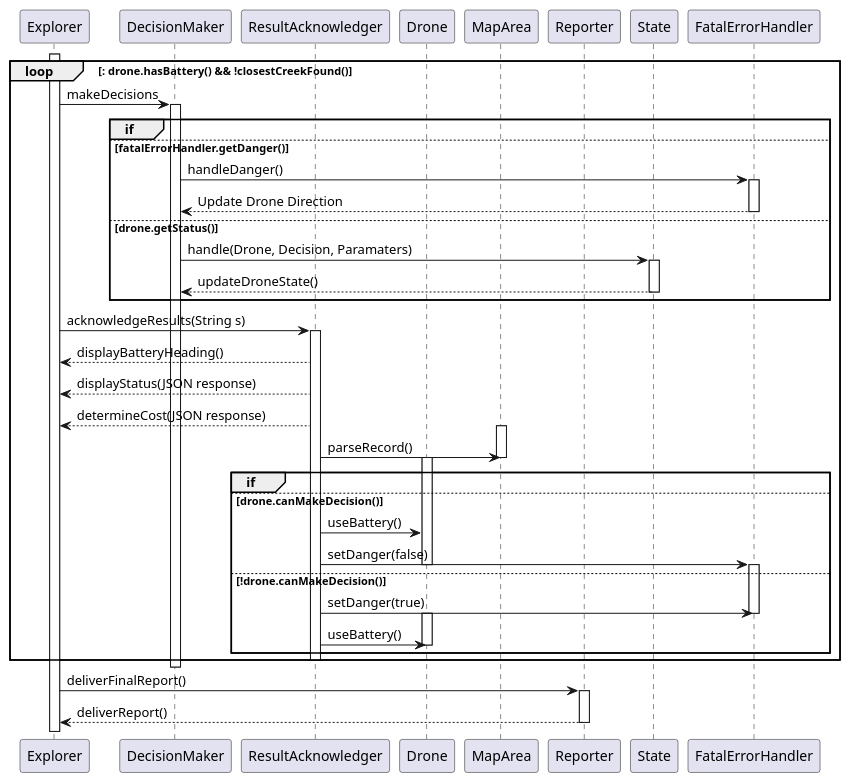
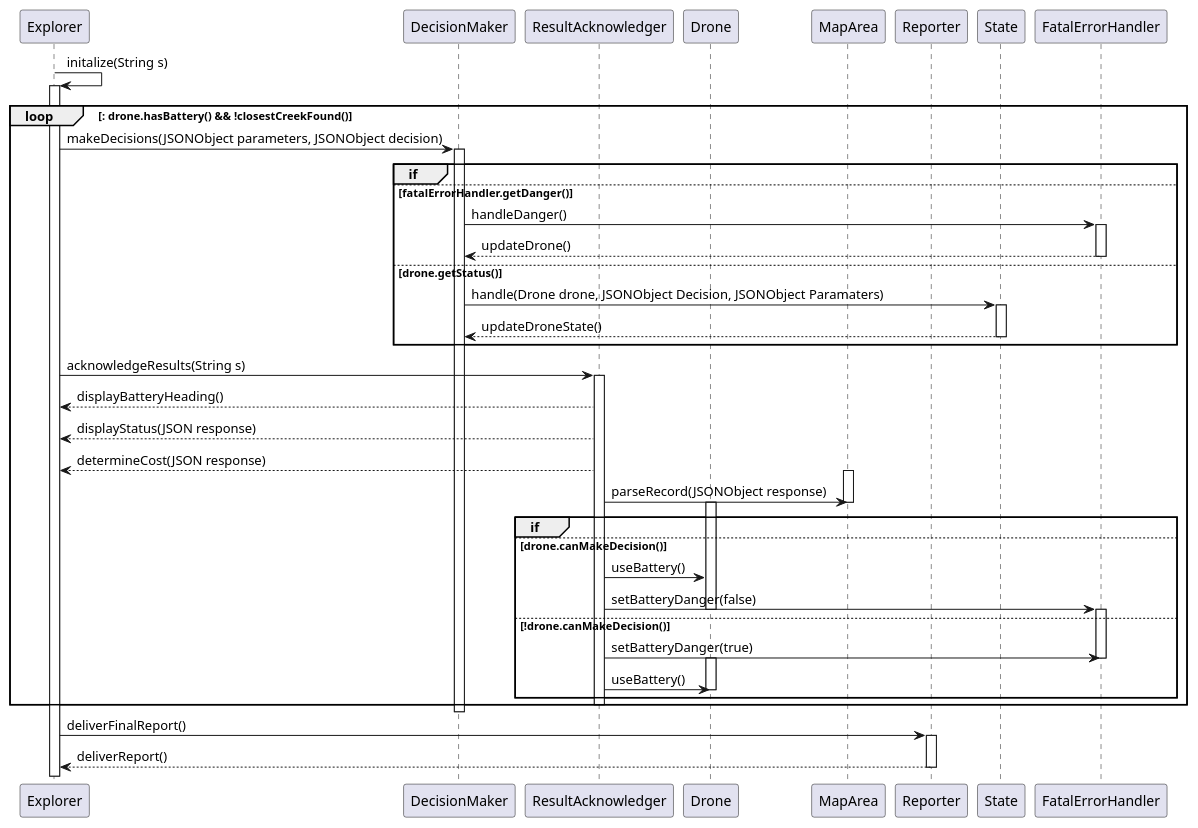
The diagram in UML Diagrams/Sequence Diagram.puml (2AA4-W24/a2-rescue-mission-team-106), drawn with PlantUML before and after one commit.

Commit message:
Edit sequence diagram

```diff
--- a/UML Diagrams/Sequence Diagram.puml
+++ b/UML Diagrams/Sequence Diagram.puml
@@ -1,69 +1,71 @@
 @startuml
 
 participant Explorer 
 participant DecisionMaker
 participant ResultAcknowledger 
 participant Drone 
 participant MapArea 
 participant Reporter 
 participant State 
 participant FatalErrorHandler 
 
+Explorer -> Explorer: initalize(String s)
+
 activate Explorer
 loop : drone.hasBattery() && !closestCreekFound()
-Explorer -> DecisionMaker: makeDecisions
+Explorer -> DecisionMaker: makeDecisions(JSONObject parameters, JSONObject decision)
 activate DecisionMaker
 
 group if 
 else fatalErrorHandler.getDanger()
 DecisionMaker -> FatalErrorHandler: handleDanger()
 activate FatalErrorHandler
-FatalErrorHandler --> DecisionMaker : Update Drone Direction
+FatalErrorHandler --> DecisionMaker : updateDrone()
 deactivate FatalErrorHandler
 else  drone.getStatus()
-DecisionMaker -> State : handle(Drone, Decision, Paramaters) 
+DecisionMaker -> State : handle(Drone drone, JSONObject Decision, JSONObject Paramaters) 
 activate State
 State --> DecisionMaker : updateDroneState()
 deactivate State
 end
 
 Explorer -> ResultAcknowledger: acknowledgeResults(String s)
 activate ResultAcknowledger
 ResultAcknowledger --> Explorer: displayBatteryHeading()
 ResultAcknowledger --> Explorer: displayStatus(JSON response)
 ResultAcknowledger --> Explorer: determineCost(JSON response)
 
 
 
 activate MapArea
-ResultAcknowledger -> MapArea: parseRecord()
+ResultAcknowledger -> MapArea: parseRecord(JSONObject response)
 deactivate MapArea
 
 group if
 else drone.canMakeDecision()
 activate Drone
 ResultAcknowledger -> Drone :useBattery()
-ResultAcknowledger -> FatalErrorHandler :setDanger(false)
+ResultAcknowledger -> FatalErrorHandler :setBatteryDanger(false)
 deactivate Drone
 else !drone.canMakeDecision()
 
 activate FatalErrorHandler
-ResultAcknowledger -> FatalErrorHandler: setDanger(true)
+ResultAcknowledger -> FatalErrorHandler: setBatteryDanger(true)
 deactivate FatalErrorHandler
 
 activate Drone
 ResultAcknowledger -> Drone :useBattery()
 deactivate Drone
 
 
 end
 
 deactivate ResultAcknowledger
 end
 deactivate DecisionMaker
 
 Explorer -> Reporter: deliverFinalReport()
 activate Reporter
 Reporter --> Explorer: deliverReport()
 deactivate Reporter
 @enduml
```
